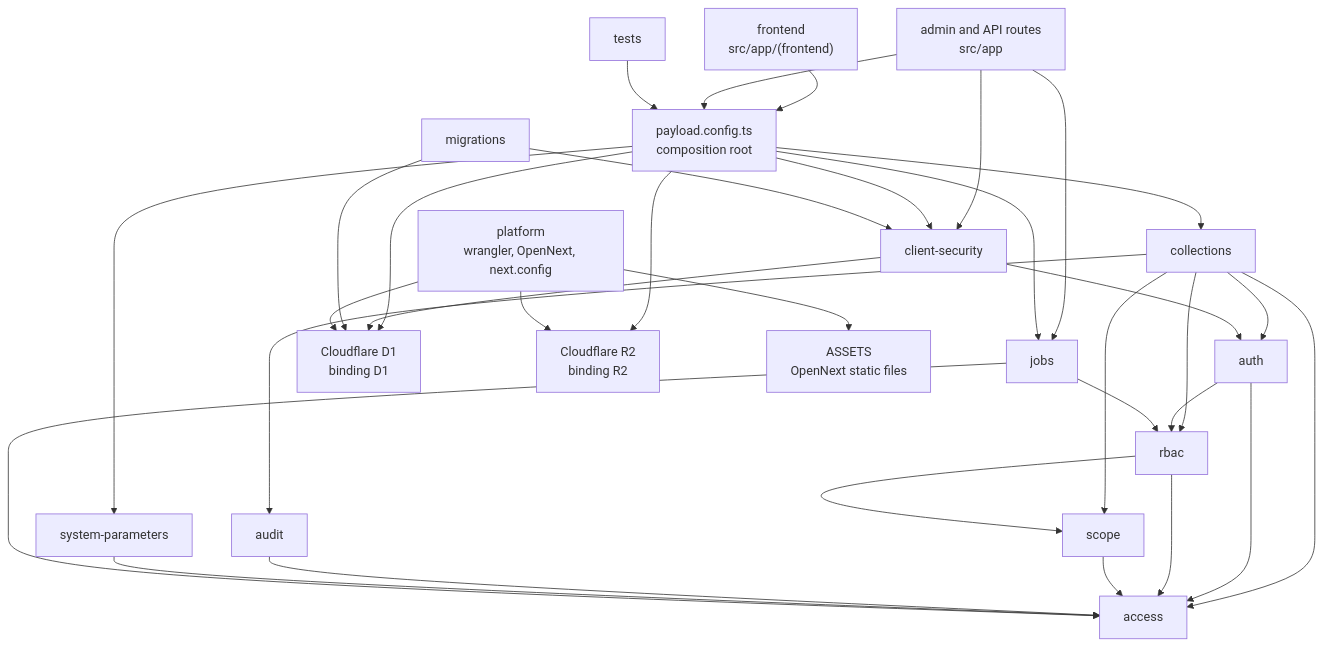
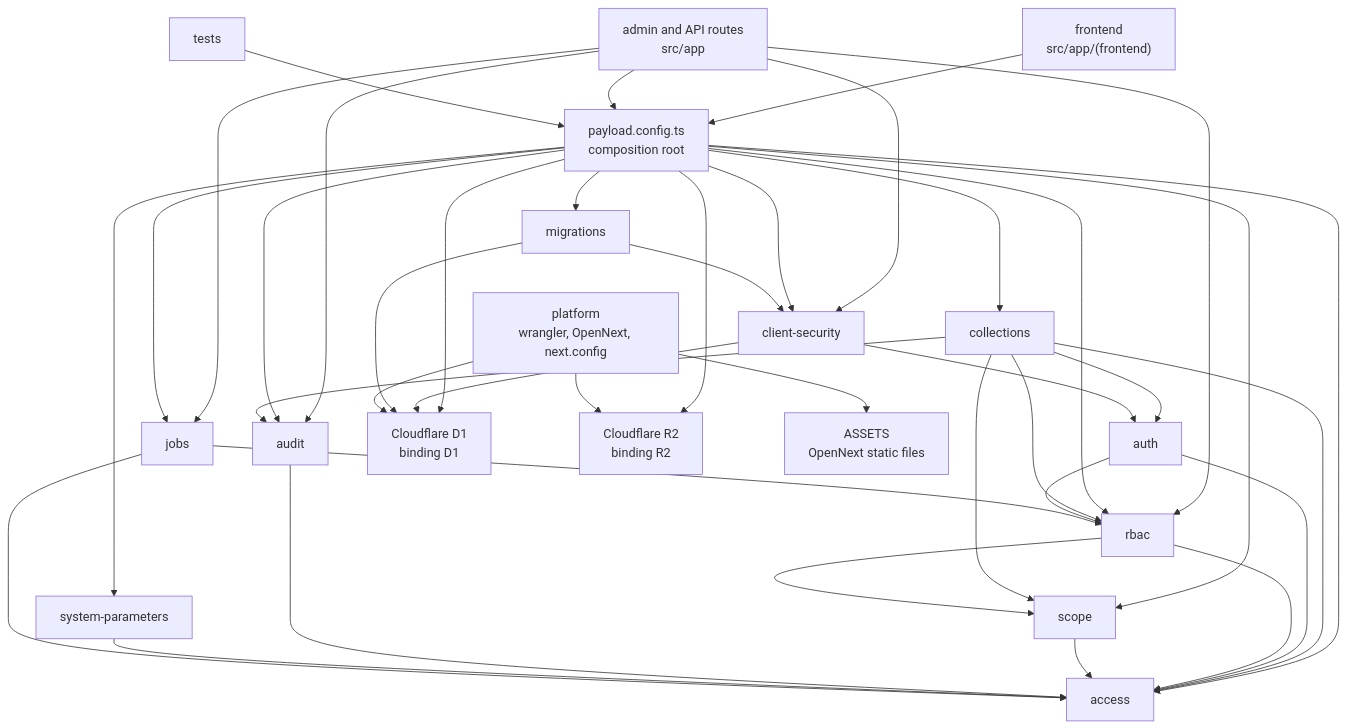
Before and after one commit to AIKitLLC/cloudflare-admin-template: the diagram in docs/ARCHITECTURE.md, drawn with Mermaid. The commit also changed other lines of this file and 2 other files, not shown here.

Commit message:
docs: correct row-scope and module map wording (#45)

````diff
--- a/docs/ARCHITECTURE.md
+++ b/docs/ARCHITECTURE.md
@@ -72,54 +72,61 @@
 ```mermaid
 flowchart TD
   frontend["frontend<br/>src/app/(frontend)"]
   admin["admin and API routes<br/>src/app"]
   tests["tests"]
   config["payload.config.ts<br/>composition root"]
   collections["collections"]
   security["client-security"]
   auth["auth"]
   rbac["rbac"]
   scope["scope"]
   access["access"]
   audit["audit"]
   params["system-parameters"]
   jobs["jobs"]
   migrations["migrations"]
   platform["platform<br/>wrangler, OpenNext, next.config"]
   d1["Cloudflare D1<br/>binding D1"]
   r2["Cloudflare R2<br/>binding R2"]
   assets["ASSETS<br/>OpenNext static files"]
 
   frontend --> config
   admin --> config
   admin --> security
   admin --> jobs
+  admin --> rbac
+  admin --> audit
   tests --> config
   config --> collections
+  config --> access
+  config --> audit
+  config --> rbac
+  config --> scope
+  config --> migrations
   config --> security
   config --> jobs
   config --> params
   config --> d1
   config --> r2
   collections --> access
   collections --> audit
   collections --> auth
   collections --> rbac
   collections --> scope
   security --> auth
   security --> d1
   auth --> rbac
   auth --> access
   rbac --> scope
   rbac --> access
   scope --> access
   audit --> access
   params --> access
   jobs --> access
   jobs --> rbac
   migrations --> security
   migrations --> d1
   platform --> d1
   platform --> r2
   platform --> assets
 ```
````
